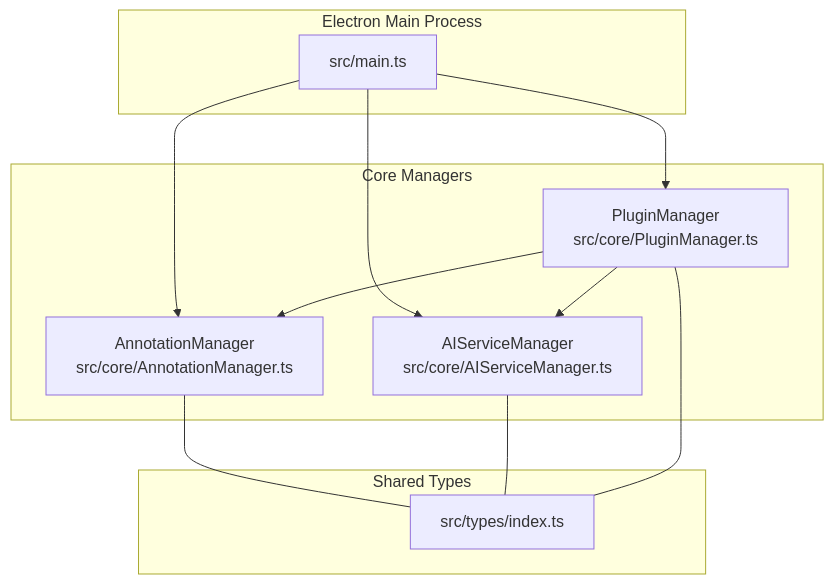
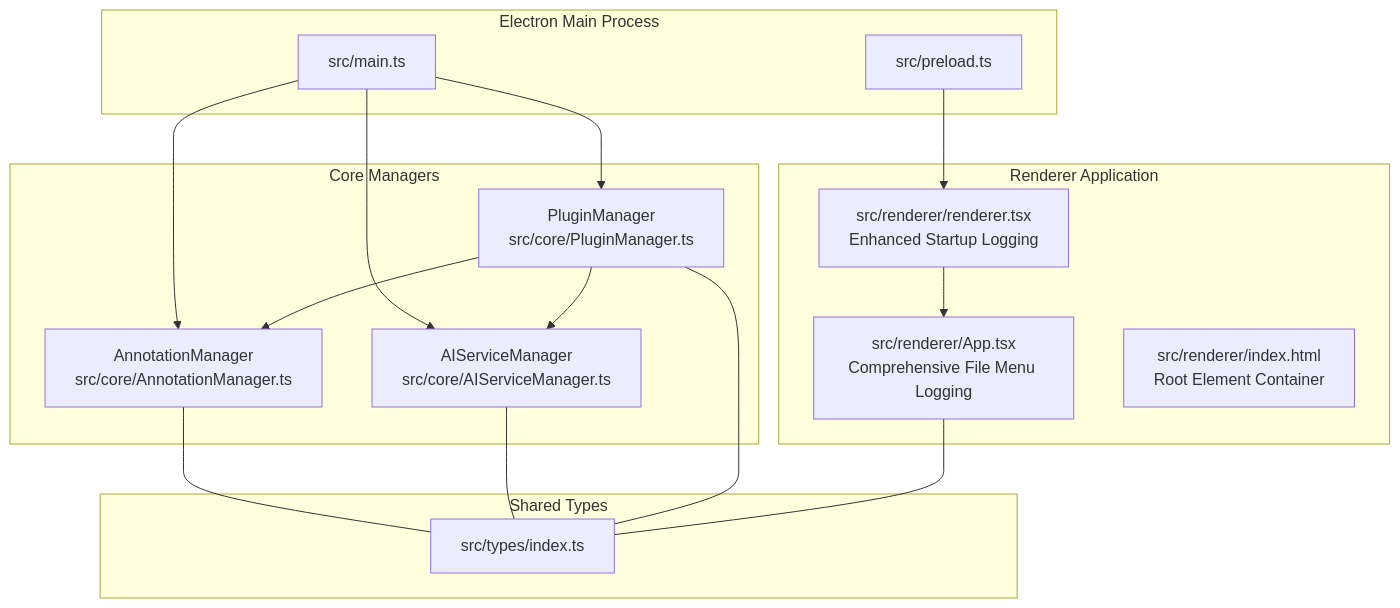
The first of 13 diagrams in .qoder/repowiki/en/content/Architecture Overview/Core Component Architecture.md (Chunde/SciPDFReader), drawn with Mermaid before and after one commit. The commit also changed other lines of this file and 9 other files, not shown here.

````diff
--- a/.qoder/repowiki/en/content/Architecture Overview/Core Component Architecture.md
+++ b/.qoder/repowiki/en/content/Architecture Overview/Core Component Architecture.md
@@ -33,22 +46,31 @@
 ```mermaid
 graph TB
 subgraph "Electron Main Process"
 MAIN["src/main.ts"]
+PRELOAD["src/preload.ts"]
 end
 subgraph "Core Managers"
 ANNOT["AnnotationManager<br/>src/core/AnnotationManager.ts"]
 AI["AIServiceManager<br/>src/core/AIServiceManager.ts"]
 PLUG["PluginManager<br/>src/core/PluginManager.ts"]
+end
+subgraph "Renderer Application"
+RENDERER["src/renderer/renderer.tsx<br/>Enhanced Startup Logging"]
+APP["src/renderer/App.tsx<br/>Comprehensive File Menu Logging"]
+INDEX["src/renderer/index.html<br/>Root Element Container"]
 end
 subgraph "Shared Types"
 TYPES["src/types/index.ts"]
 end
 MAIN --> ANNOT
 MAIN --> AI
 MAIN --> PLUG
+PRELOAD --> RENDERER
+RENDERER --> APP
 PLUG --> ANNOT
 PLUG --> AI
 ANNOT --- TYPES
 AI --- TYPES
 PLUG --- TYPES
+APP --- TYPES
 ```
````
